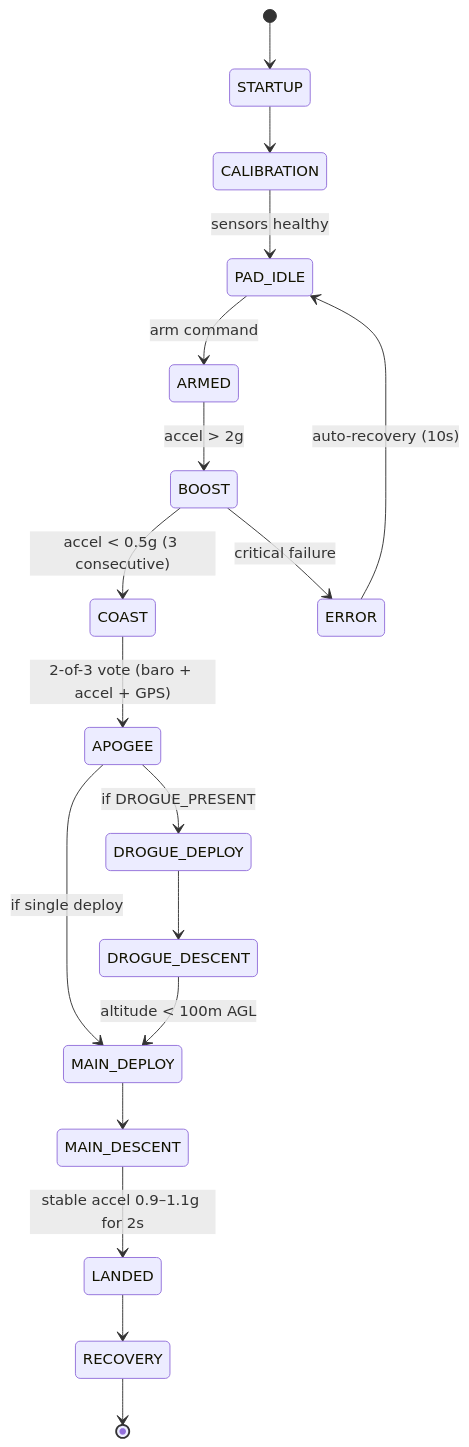
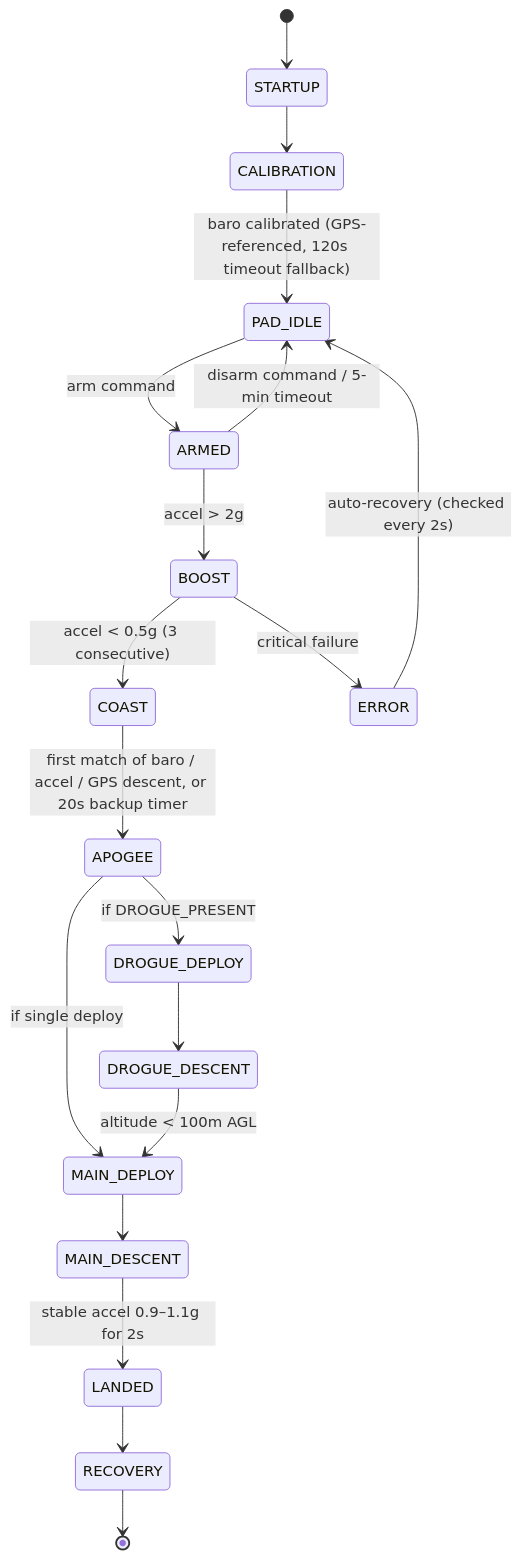
Before and after one commit to madmonkey71/TripleT-Flight-Firmware: the diagram in wiki/overview.md, drawn with Mermaid. The commit also changed other lines of this file and 27 other files, not shown here.

````diff
--- a/wiki/overview.md
+++ b/wiki/overview.md
@@ -96,20 +96,21 @@
 ```mermaid
 stateDiagram-v2
     [*] --> STARTUP
     STARTUP --> CALIBRATION
-    CALIBRATION --> PAD_IDLE : sensors healthy
+    CALIBRATION --> PAD_IDLE : baro calibrated (GPS-referenced, 120s timeout fallback)
     PAD_IDLE --> ARMED : arm command
+    ARMED --> PAD_IDLE : disarm command / 5-min timeout
     ARMED --> BOOST : accel > 2g
     BOOST --> COAST : accel < 0.5g (3 consecutive)
-    COAST --> APOGEE : 2-of-3 vote (baro + accel + GPS)
+    COAST --> APOGEE : first match of baro / accel / GPS descent, or 20s backup timer
     APOGEE --> DROGUE_DEPLOY : if DROGUE_PRESENT
     APOGEE --> MAIN_DEPLOY : if single deploy
     DROGUE_DEPLOY --> DROGUE_DESCENT
     DROGUE_DESCENT --> MAIN_DEPLOY : altitude < 100m AGL
     MAIN_DEPLOY --> MAIN_DESCENT
     MAIN_DESCENT --> LANDED : stable accel 0.9–1.1g for 2s
     LANDED --> RECOVERY
     RECOVERY --> [*]
     BOOST --> ERROR : critical failure
-    ERROR --> PAD_IDLE : auto-recovery (10s)
+    ERROR --> PAD_IDLE : auto-recovery (checked every 2s)
 ```
````
